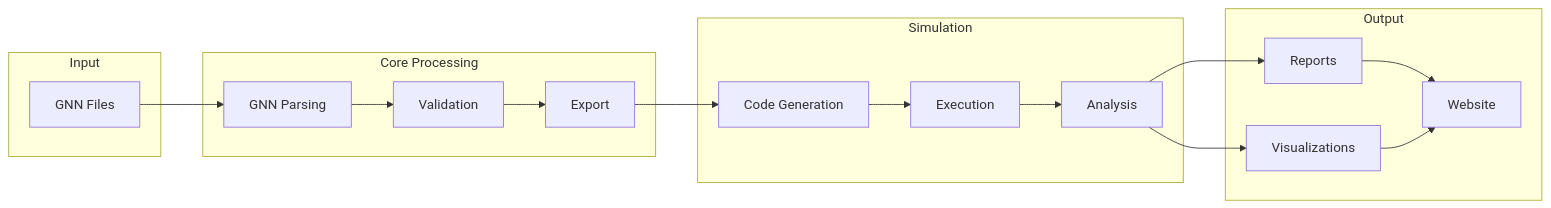
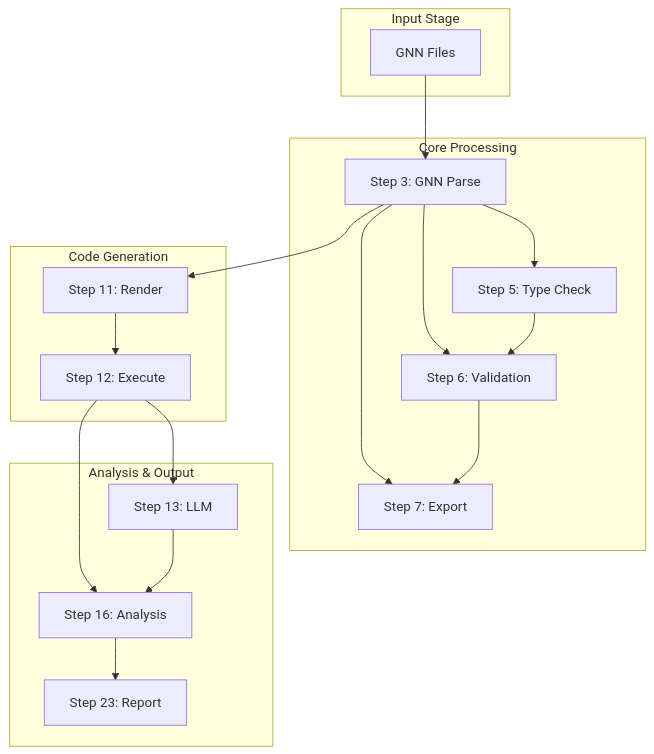
Before and after one commit to ActiveInferenceInstitute/GeneralizedNotationNotation: the second of 3 diagrams in doc/pipeline/README.md, drawn with Mermaid. The commit also changed other lines of this file and 151 other files, not shown here.

````diff
--- a/doc/pipeline/README.md
+++ b/doc/pipeline/README.md
@@ -106,35 +105,40 @@
 ```mermaid
-flowchart LR
-    subgraph "Input"
+graph TB
+    subgraph "Input Stage"
         GNNFiles[GNN Files]
     end
     
     subgraph "Core Processing"
-        Parse[GNN Parsing]
-        Validate[Validation]
-        Export[Export]
+        Step3[Step 3: GNN Parse]
+        Step5[Step 5: Type Check]
+        Step6[Step 6: Validation]
+        Step7[Step 7: Export]
     end
     
-    subgraph "Simulation"
-        Render[Code Generation]
-        Execute[Execution]
-        Analysis[Analysis]
+    subgraph "Code Generation"
+        Step11[Step 11: Render]
+        Step12[Step 12: Execute]
     end
     
-    subgraph "Output"
-        Reports[Reports]
-        Visualizations[Visualizations]
-        Website[Website]
+    subgraph "Analysis & Output"
+        Step13[Step 13: LLM]
+        Step16[Step 16: Analysis]
+        Step23[Step 23: Report]
     end
     
-    GNNFiles --> Parse
-    Parse --> Validate
-    Validate --> Export
-    Export --> Render
-    Render --> Execute
-    Execute --> Analysis
-    Analysis --> Reports
-    Analysis --> Visualizations
-    Reports --> Website
-    Visualizations --> Website
+    GNNFiles --> Step3
+    Step3 --> Step5
+    Step3 --> Step6
+    Step3 --> Step7
+    Step3 --> Step11
+    
+    Step5 --> Step6
+    Step6 --> Step7
+    
+    Step11 --> Step12
+    Step12 --> Step13
+    Step12 --> Step16
+    
+    Step13 --> Step16
+    Step16 --> Step23
 ```
````
